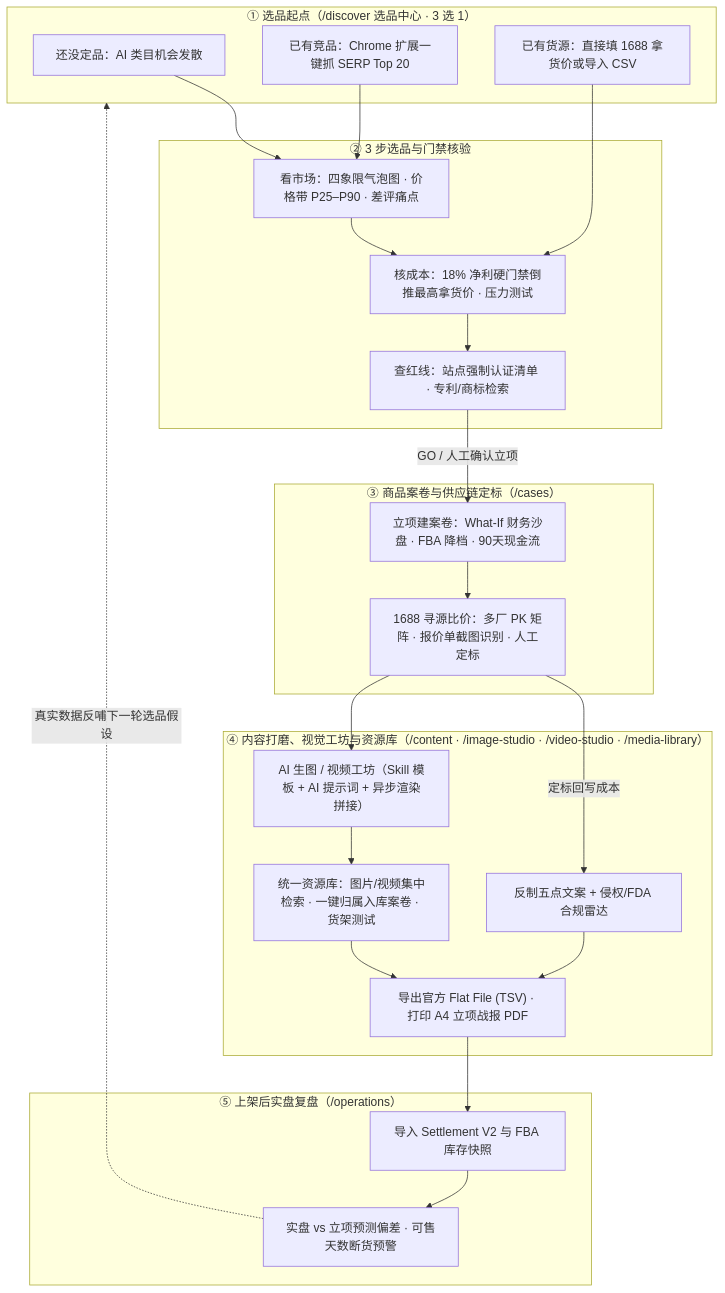
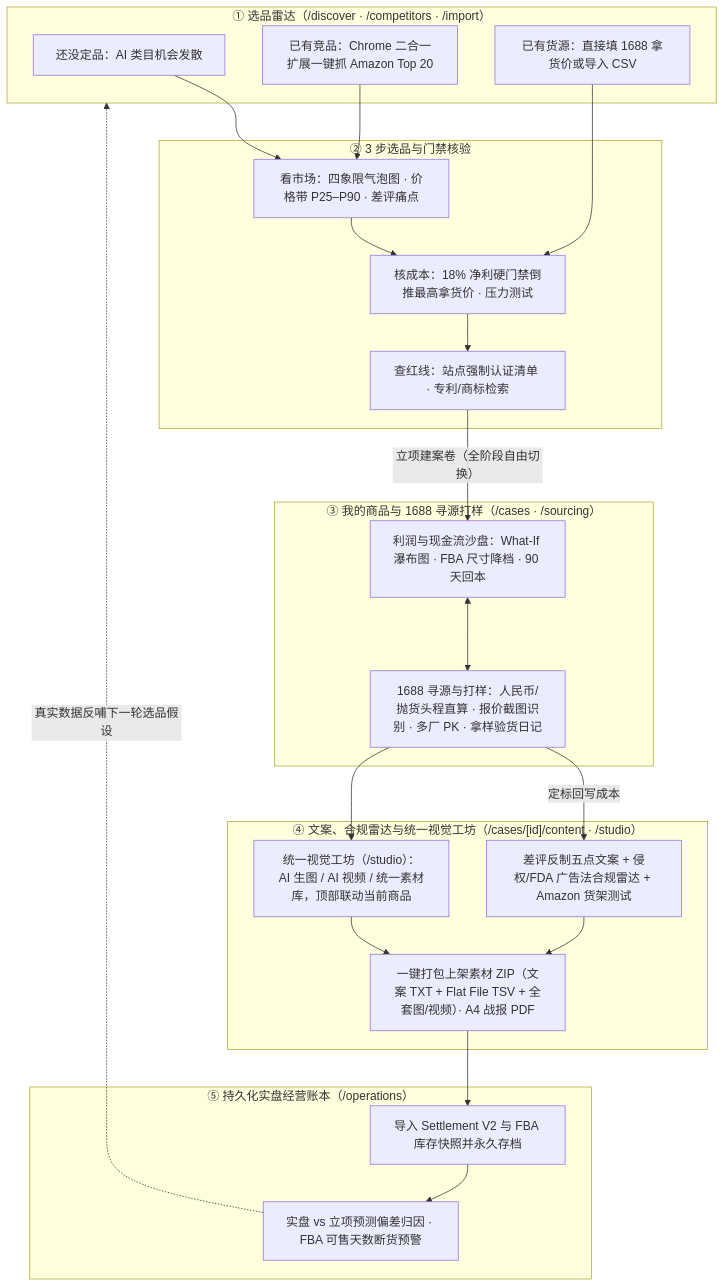
Before and after one commit to BeyChan/AITrade: the diagram in README.md, drawn with Mermaid. The commit also changed other lines of this file and 52 other files, not shown here.

````diff
--- a/README.md
+++ b/README.md
@@ -16,45 +16,44 @@
 ```mermaid
 flowchart TD
-    subgraph S1["① 选品起点（/discover 选品中心 · 3 选 1）"]
+    subgraph S1["① 选品雷达（/discover · /competitors · /import）"]
         A1["还没定品：AI 类目机会发散"]
-        A2["已有竞品：Chrome 扩展一键抓 SERP Top 20"]
+        A2["已有竞品：Chrome 二合一扩展一键抓 Amazon Top 20"]
         A3["已有货源：直接填 1688 拿货价或导入 CSV"]
     end
 
     subgraph S2["② 3 步选品与门禁核验"]
         B1["看市场：四象限气泡图 · 价格带 P25–P90 · 差评痛点"]
         B2["核成本：18% 净利硬门禁倒推最高拿货价 · 压力测试"]
         B3["查红线：站点强制认证清单 · 专利/商标检索"]
         B1 --> B2 --> B3
     end
 
-    subgraph S3["③ 商品案卷与供应链定标（/cases）"]
-        C1["立项建案卷：What-If 财务沙盘 · FBA 降档 · 90天现金流"]
-        C2["1688 寻源比价：多厂 PK 矩阵 · 报价单截图识别 · 人工定标"]
-        C1 --> C2
+    subgraph S3["③ 我的商品与 1688 寻源打样（/cases · /sourcing）"]
+        C1["利润与现金流沙盘：What-If 瀑布图 · FBA 尺寸降档 · 90 天回本"]
+        C2["1688 寻源与打样：人民币/抛货头程直算 · 报价截图识别 · 多厂 PK · 拿样验货日记"]
+        C1 <--> C2
     end
 
-    subgraph S4["④ 内容打磨、视觉工坊与资源库（/content · /image-studio · /video-studio · /media-library）"]
-        D1["反制五点文案 + 侵权/FDA 合规雷达"]
-        D2["AI 生图 / 视频工坊（Skill 模板 + AI 提示词 + 异步渲染拼接）"]
-        D4["统一资源库：图片/视频集中检索 · 一键归属入库案卷 · 货架测试"]
-        D3["导出官方 Flat File (TSV) · 打印 A4 立项战报 PDF"]
+    subgraph S4["④ 文案、合规雷达与统一视觉工坊（/cases/[id]/content · /studio）"]
+        D1["差评反制五点文案 + 侵权/FDA 广告法合规雷达 + Amazon 货架测试"]
+        D2["统一视觉工坊（/studio）：AI 生图 / AI 视频 / 统一素材库，顶部联动当前商品"]
+        D3["一键打包上架素材 ZIP（文案 TXT + Flat File TSV + 全套图/视频）· A4 战报 PDF"]
         D1 --> D3
-        D2 --> D4 --> D3
+        D2 --> D3
     end
 
-    subgraph S5["⑤ 上架后实盘复盘（/operations）"]
-        E1["导入 Settlement V2 与 FBA 库存快照"]
-        E2["实盘 vs 立项预测偏差 · 可售天数断货预警"]
+    subgraph S5["⑤ 持久化实盘经营账本（/operations）"]
+        E1["导入 Settlement V2 与 FBA 库存快照并永久存档"]
+        E2["实盘 vs 立项预测偏差归因 · FBA 可售天数断货预警"]
         E1 --> E2
     end
 
     A1 --> B1
     A2 --> B1
     A3 --> B2
-    B3 -->|"GO / 人工确认立项"| C1
+    B3 -->|"立项建案卷（全阶段自由切换）"| C1
     C2 -->|"定标回写成本"| D1
     C2 --> D2
     D3 --> E1
     E2 -.->|"真实数据反哺下一轮选品假设"| S1
 ```
````
